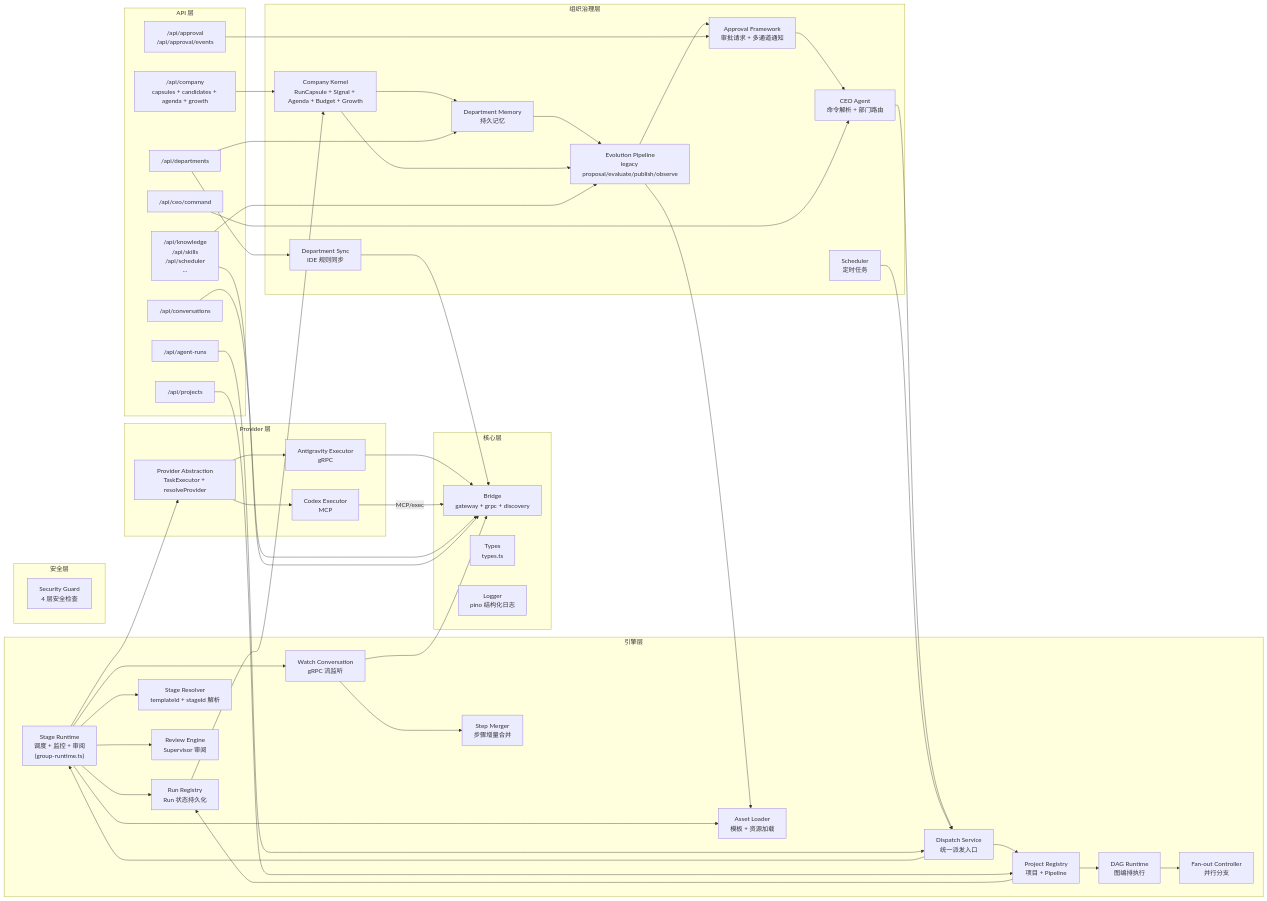
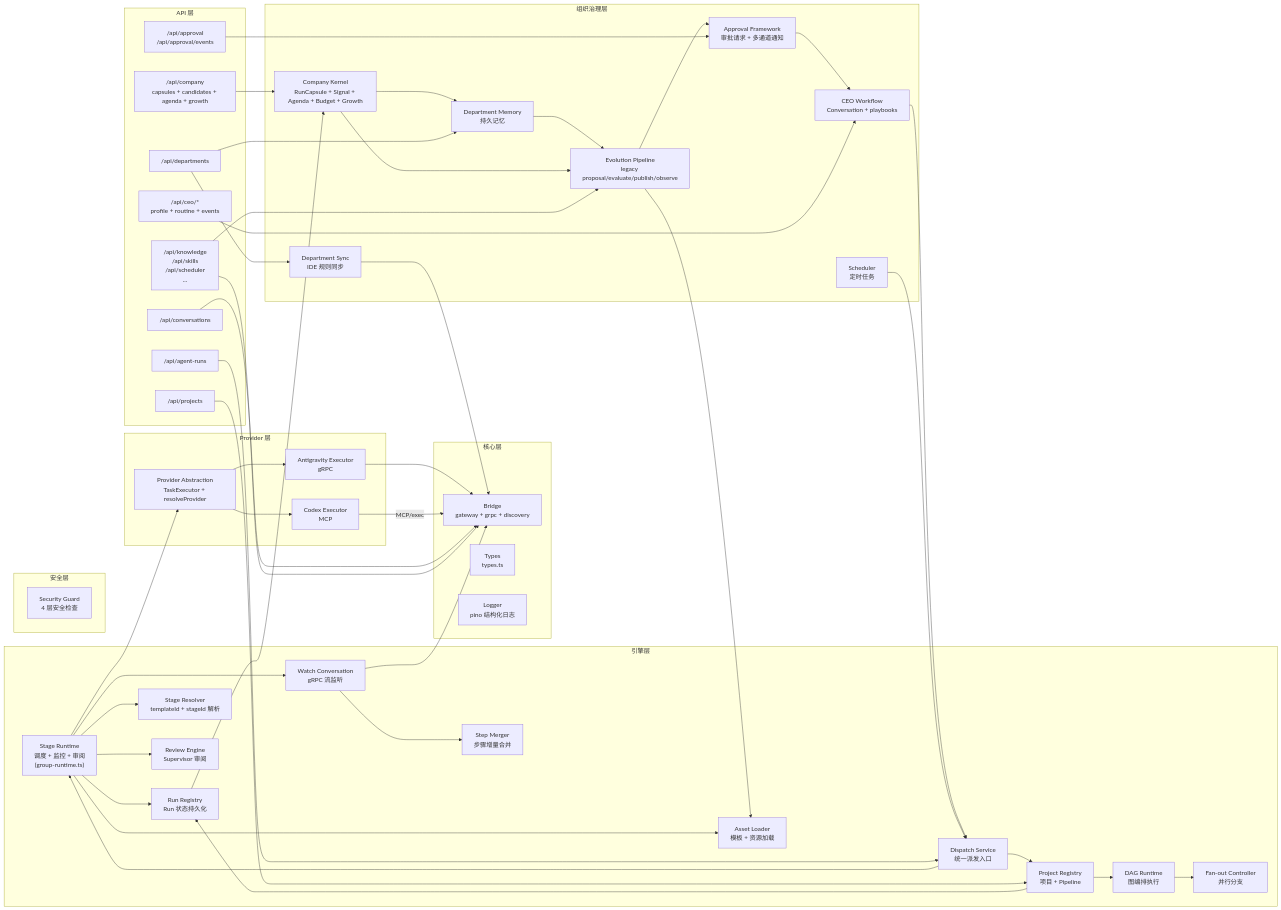
One commit to pikapikaspeedup/OPC_CEO changed the third of 23 diagrams in ARCHITECTURE.md. Above: the diagram before and after it, drawn with Mermaid. The commit also changed other lines of this file and 72 other files, not shown here.

````diff
--- a/ARCHITECTURE.md
+++ b/ARCHITECTURE.md
@@ -221,81 +221,81 @@
 ```mermaid
 graph LR
     subgraph Core["核心层"]
         Bridge["Bridge<br/>gateway + grpc + discovery"]
         Types["Types<br/>types.ts"]
         Logger["Logger<br/>pino 结构化日志"]
     end
 
     subgraph Providers["Provider 层"]
         PAL["Provider Abstraction<br/>TaskExecutor + resolveProvider"]
         AE["Antigravity Executor<br/>gRPC"]
         CE["Codex Executor<br/>MCP"]
     end
 
     subgraph Engine["引擎层"]
         GroupRuntime["Stage Runtime<br/>调度 + 监控 + 审阅<br/>(group-runtime.ts)"]
         DispatchService["Dispatch Service<br/>统一派发入口"]
         RunRegistry["Run Registry<br/>Run 状态持久化"]
         ProjectRegistry["Project Registry<br/>项目 + Pipeline"]
         StageResolver["Stage Resolver<br/>templateId + stageId 解析"]
         AssetLoader["Asset Loader<br/>模板 + 资源加载"]
         ReviewEngine["Review Engine<br/>Supervisor 审阅"]
         WatchConv["Watch Conversation<br/>gRPC 流监听"]
         StepMerger["Step Merger<br/>步骤增量合并"]
         DagRuntime["DAG Runtime<br/>图编排执行"]
         FanOut["Fan-out Controller<br/>并行分支"]
     end
 
     subgraph OPC["组织治理层"]
-        CEOAgent["CEO Agent<br/>命令解析 + 部门路由"]
+        CEOAgent["CEO Workflow<br/>Conversation + playbooks"]
         ApprovalFW["Approval Framework<br/>审批请求 + 多通道通知"]
         DeptSync["Department Sync<br/>IDE 规则同步"]
         DeptMemory["Department Memory<br/>持久记忆"]
         CompanyKernel["Company Kernel<br/>RunCapsule + Signal + Agenda + Budget + Growth"]
         Evolution["Evolution Pipeline<br/>legacy proposal/evaluate/publish/observe"]
         Scheduler["Scheduler<br/>定时任务"]
     end
 
     subgraph Security["安全层"]
         SecurityGuard["Security Guard<br/>4 层安全检查"]
     end
 
     subgraph API["API 层"]
         ConvAPI["/api/conversations"]
         RunAPI["/api/agent-runs"]
         ProjAPI["/api/projects"]
-        CEOAPI["/api/ceo/command"]
+        CEOAPI["/api/ceo/*<br/>profile + routine + events"]
         ApprovalAPI["/api/approval<br/>/api/approval/events"]
         DeptAPI["/api/departments"]
         CompanyAPI["/api/company<br/>capsules + candidates + agenda + growth"]
         OtherAPI["/api/knowledge<br/>/api/skills<br/>/api/scheduler<br/>..."]
     end
 
     GroupRuntime --> PAL
     PAL --> AE & CE
     AE --> Bridge
     CE -->|"MCP/exec"| Bridge
     GroupRuntime --> RunRegistry & StageResolver & AssetLoader & ReviewEngine & WatchConv
     DispatchService --> GroupRuntime & ProjectRegistry
     WatchConv --> StepMerger & Bridge
     ProjectRegistry --> DagRuntime & RunRegistry
     DagRuntime --> FanOut
     CEOAgent --> DispatchService
     Scheduler --> DispatchService
     ApprovalFW --> CEOAgent
     DeptMemory --> Evolution
     RunRegistry --> CompanyKernel
     CompanyKernel --> DeptMemory
     CompanyKernel --> Evolution
     Evolution --> ApprovalFW
     Evolution --> AssetLoader
     DeptSync --> Bridge
     ConvAPI --> Bridge
     RunAPI --> DispatchService
     CEOAPI --> CEOAgent
     ApprovalAPI --> ApprovalFW
     DeptAPI --> DeptSync & DeptMemory
     ProjAPI --> ProjectRegistry
     CompanyAPI --> CompanyKernel
     OtherAPI --> Bridge & Evolution
 ```
````
